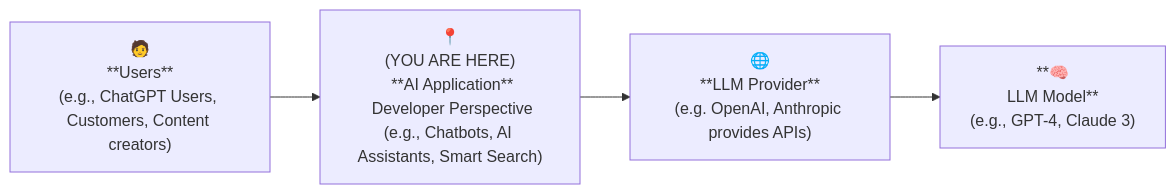
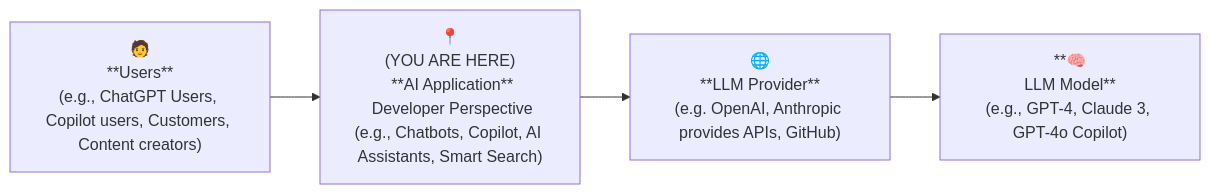
The first of 2 diagrams in Concepts.md (chandrasekhar4u/spring-ai-tutorial), drawn with Mermaid before and after one commit.

````diff
--- a/Concepts.md
+++ b/Concepts.md
@@ -8,21 +8,21 @@
 ```mermaid
 flowchart LR
     User["🧑
 **Users**
-(e.g., ChatGPT Users, Customers, Content creators)"]
+(e.g., ChatGPT Users, Copilot users, Customers, Content creators)"]
     App["📍
 (YOU ARE HERE)
  **AI Application**
  Developer Perspective
-(e.g., Chatbots, AI Assistants, Smart Search)"]
+(e.g., Chatbots, Copilot, AI Assistants, Smart Search)"]
     Provider["🌐
 **LLM Provider**
-(e.g. OpenAI, Anthropic provides APIs)"]
+(e.g. OpenAI, Anthropic provides APIs, GitHub)"]
     Model["**🧠
 LLM Model**
-(e.g., GPT-4, Claude 3)"]
+(e.g., GPT-4, Claude 3, GPT-4o Copilot)"]
 
     User --> App
     App --> Provider
     Provider --> Model
 ```
````
